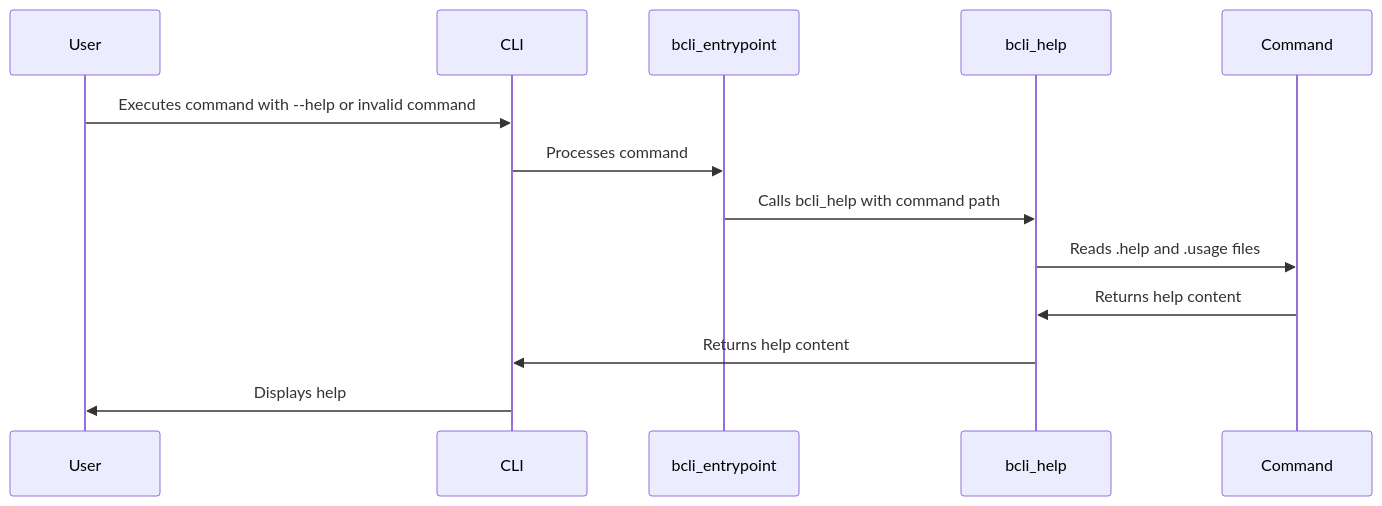
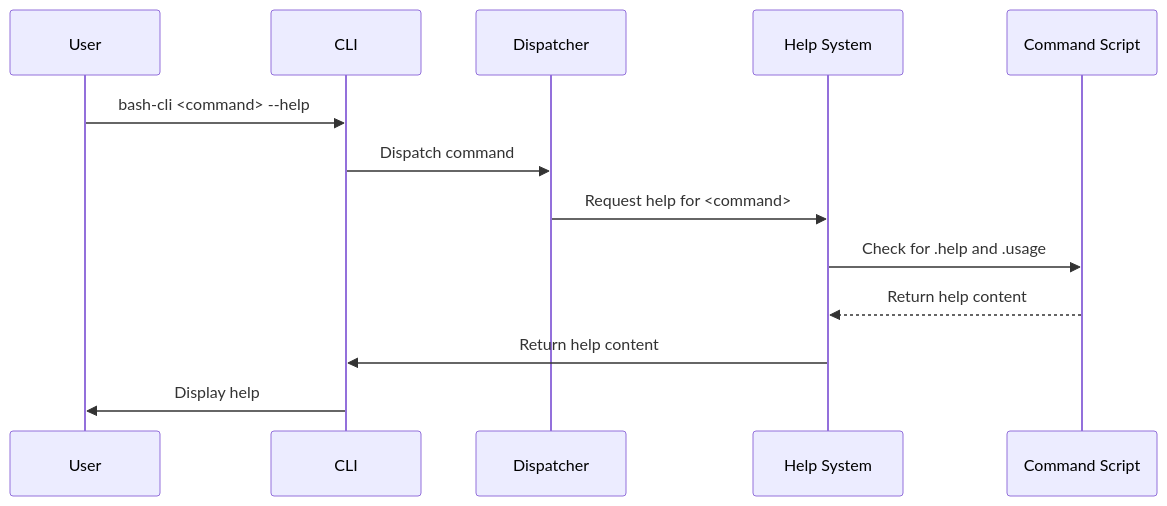
The diagram in docs/03_help_generation_.md (aireilly/bash-cli-docs-test), drawn with Mermaid before and after one commit. The commit also changed other lines of this file and 6 other files, not shown here.

````diff
--- a/docs/03_help_generation_.md
+++ b/docs/03_help_generation_.md
@@ -68,16 +50,16 @@
 ```mermaid
 sequenceDiagram
     participant User
     participant CLI
-    participant bcli_entrypoint
-    participant bcli_help
-    participant Command
+    participant Dispatcher
+    participant Help System
+    participant Command Script
 
-    User->>CLI: Executes command with --help or invalid command
-    CLI->>bcli_entrypoint: Processes command
-    bcli_entrypoint->>bcli_help: Calls bcli_help with command path
-    bcli_help->>Command: Reads .help and .usage files
-    Command->>bcli_help: Returns help content
-    bcli_help->>CLI: Returns help content
-    CLI->>User: Displays help
+    User->>CLI: bash-cli <command> --help
+    CLI->>Dispatcher: Dispatch command
+    Dispatcher->>Help System: Request help for <command>
+    Help System->>Command Script: Check for .help and .usage
+    Command Script-->>Help System: Return help content
+    Help System->>CLI: Return help content
+    CLI->>User: Display help
 ```
````
